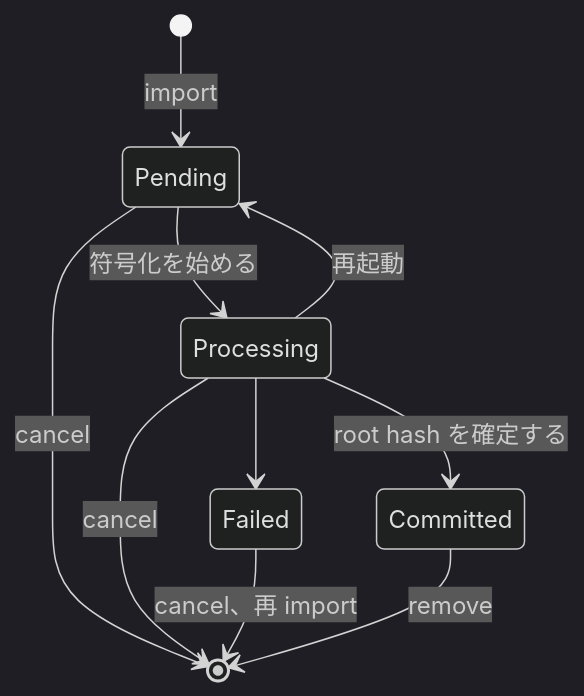
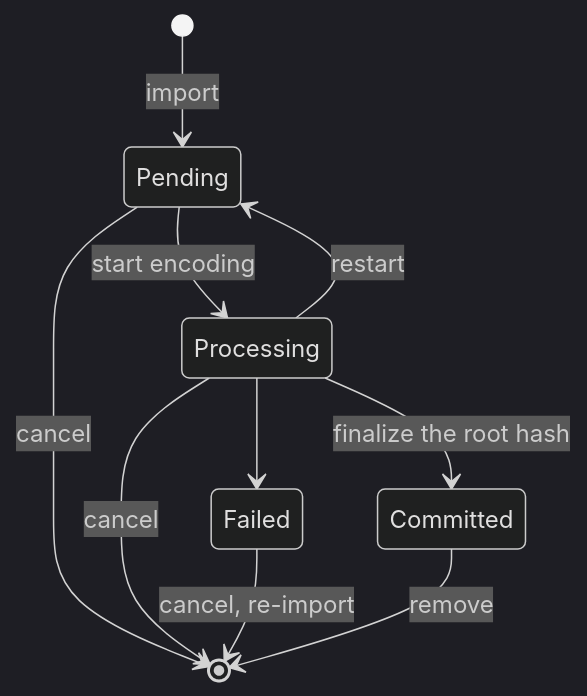
One commit to omnius-labs/axus changed the second of 4 diagrams in docs/design/file-transfer.md. Above: the diagram before and after it, drawn with Mermaid (dark theme). The commit also changed other lines of this file and 9 other files, not shown here.

````diff
--- a/docs/design/file-transfer.md
+++ b/docs/design/file-transfer.md
@@ -89,12 +89,12 @@
 ```mermaid
 stateDiagram-v2
     [*] --> Pending: import
-    Pending --> Processing: 符号化を始める
-    Processing --> Pending: 再起動
+    Pending --> Processing: start encoding
+    Processing --> Pending: restart
     Processing --> Failed
-    Processing --> Committed: root hash を確定する
+    Processing --> Committed: finalize the root hash
     Pending --> [*]: cancel
     Processing --> [*]: cancel
-    Failed --> [*]: cancel、再 import
+    Failed --> [*]: cancel, re-import
     Committed --> [*]: remove
 ```
````
